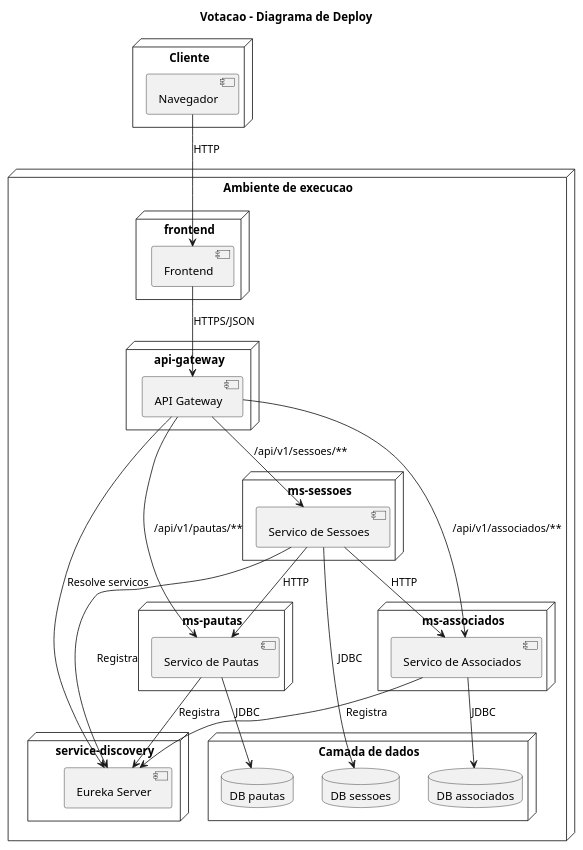
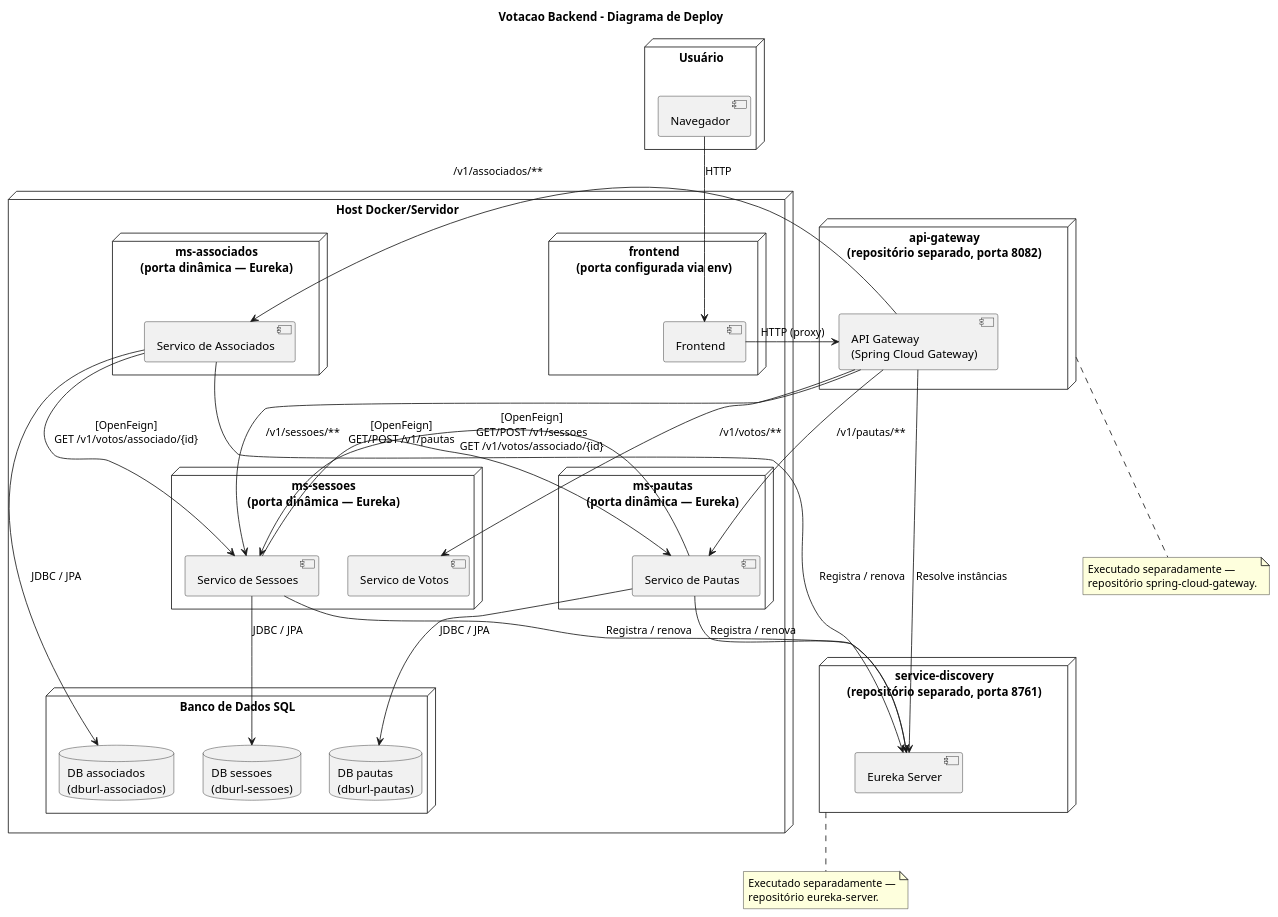
Before and after one commit to leoalmeida/votacao-backend: the diagram in docs/architecture/deployment-diagram.puml, drawn with PlantUML. The commit also changed 5 other files, not shown here.

```diff
--- a/docs/architecture/deployment-diagram.puml
+++ b/docs/architecture/deployment-diagram.puml
@@ -1,60 +1,74 @@
 @startuml deployment_diagram
 
-title Votacao - Diagrama de Deploy
+title Votacao Backend - Diagrama de Deploy
 
-node "Cliente" {
+node "Usuário" {
     component "Navegador"
 }
 
-node "Ambiente de execucao" {
-    node "frontend" {
+node "Host Docker/Servidor" {
+
+    node "frontend\n(porta configurada via env)" {
         component Frontend
     }
 
-    node "api-gateway" {
-        component "API Gateway"
-    }
-
-    node "service-discovery" {
-        component "Eureka Server"
-    }
-
-    node "ms-associados" {
+    node "ms-associados\n(porta dinâmica — Eureka)" {
         component "Servico de Associados"
     }
 
-    node "ms-pautas" {
+    node "ms-pautas\n(porta dinâmica — Eureka)" {
         component "Servico de Pautas"
     }
 
-    node "ms-sessoes" {
+    node "ms-sessoes\n(porta dinâmica — Eureka)" {
         component "Servico de Sessoes"
+        component "Servico de Votos"
     }
 
-    node "Camada de dados" {
-        database "DB associados"
-        database "DB pautas"
-        database "DB sessoes"
+    node "Banco de Dados SQL" {
+        database "DB associados\n(dburl-associados)"
+        database "DB pautas\n(dburl-pautas)"
+        database "DB sessoes\n(dburl-sessoes)"
     }
 }
 
+node "api-gateway\n(repositório separado, porta 8082)" {
+    component "API Gateway\n(Spring Cloud Gateway)"
+}
+
+node "service-discovery\n(repositório separado, porta 8761)" {
+    component "Eureka Server"
+}
+
 "Navegador" --> Frontend : HTTP
-Frontend --> "API Gateway" : HTTPS/JSON
+Frontend --> "API Gateway\n(Spring Cloud Gateway)" : HTTP (proxy)
 
-"API Gateway" --> "Eureka Server" : Resolve servicos
-"API Gateway" --> "Servico de Associados" : /api/v1/associados/**
-"API Gateway" --> "Servico de Pautas" : /api/v1/pautas/**
-"API Gateway" --> "Servico de Sessoes" : /api/v1/sessoes/**
+"API Gateway\n(Spring Cloud Gateway)" --> "Eureka Server" : Resolve instâncias
+"API Gateway\n(Spring Cloud Gateway)" --> "Servico de Associados" : /v1/associados/**
+"API Gateway\n(Spring Cloud Gateway)" --> "Servico de Pautas" : /v1/pautas/**
+"API Gateway\n(Spring Cloud Gateway)" --> "Servico de Sessoes" : /v1/sessoes/**
+"API Gateway\n(Spring Cloud Gateway)" --> "Servico de Votos" : /v1/votos/**
 
-"Servico de Associados" --> "Eureka Server" : Registra
-"Servico de Pautas" --> "Eureka Server" : Registra
-"Servico de Sessoes" --> "Eureka Server" : Registra
+"Servico de Associados" --> "Eureka Server" : Registra / renova
+"Servico de Pautas" --> "Eureka Server" : Registra / renova
+"Servico de Sessoes" --> "Eureka Server" : Registra / renova
 
-"Servico de Associados" --> "DB associados" : JDBC
-"Servico de Pautas" --> "DB pautas" : JDBC
-"Servico de Sessoes" --> "DB sessoes" : JDBC
+"Servico de Associados" --> "DB associados\n(dburl-associados)" : JDBC / JPA
+"Servico de Pautas" --> "DB pautas\n(dburl-pautas)" : JDBC / JPA
+"Servico de Sessoes" --> "DB sessoes\n(dburl-sessoes)" : JDBC / JPA
 
-"Servico de Sessoes" --> "Servico de Associados" : HTTP
-"Servico de Sessoes" --> "Servico de Pautas" : HTTP
+"Servico de Associados" --> "Servico de Sessoes" : [OpenFeign]\nGET /v1/votos/associado/{id}
+"Servico de Pautas" --> "Servico de Sessoes" : [OpenFeign]\nGET/POST /v1/sessoes\nGET /v1/votos/associado/{id}
+"Servico de Sessoes" --> "Servico de Pautas" : [OpenFeign]\nGET/POST /v1/pautas
+
+note bottom of "api-gateway\n(repositório separado, porta 8082)"
+    Executado separadamente —
+    repositório spring-cloud-gateway.
+end note
+
+note bottom of "service-discovery\n(repositório separado, porta 8761)"
+    Executado separadamente —
+    repositório eureka-server.
+end note
 
 @enduml
```
